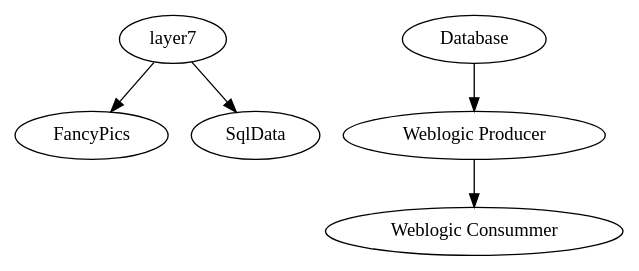
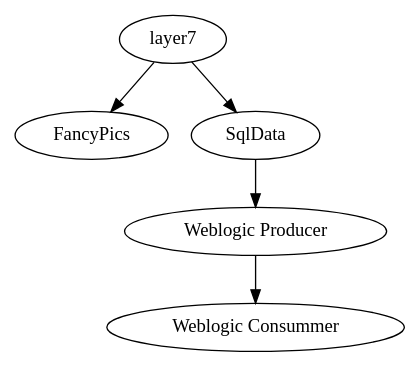
Before and after one commit to alexhe/gautomator: the diagram in examples/example1/layer7/layer7.topology.dot, drawn with Graphviz. The commit also changed 1 other file, not shown here.

Commit message:
SqlData was not linked with the starting point: corrected

```diff
--- a/examples/example1/layer7/layer7.topology.dot
+++ b/examples/example1/layer7/layer7.topology.dot
@@ -1,7 +1,7 @@
 digraph layer7 {
 	layer7 -> FancyPics;
 	layer7 -> SqlData;
-	Database -> "Weblogic Producer";
+	SqlData -> "Weblogic Producer";
 	"Weblogic Producer" -> "Weblogic Consummer";
 
 }
```
